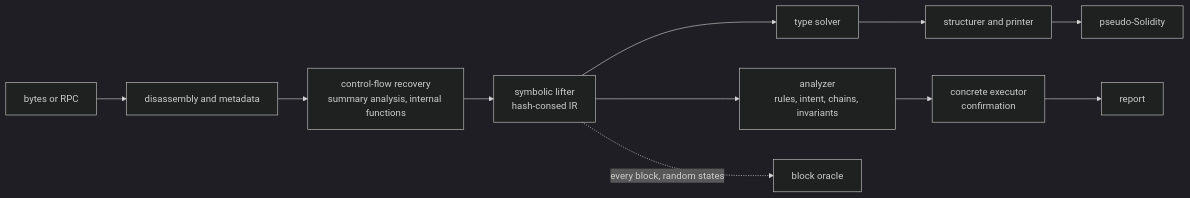
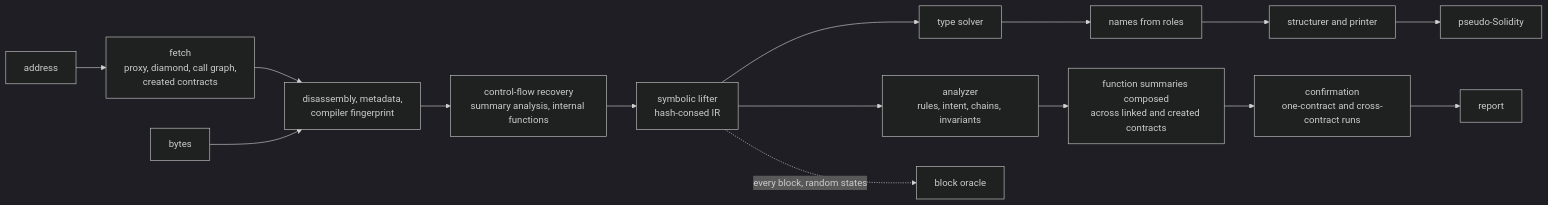
One commit to rink3y/Evmdec changed the first of 2 diagrams in README.md. Above: the diagram before and after it, drawn with Mermaid (dark theme). The commit also changed other lines of this file, not shown here.

First line of the commit message:
Bring the README up to date with the call-graph walk and its confirmation

````diff
--- a/README.md
+++ b/README.md
@@ -18,13 +18,17 @@
 ```mermaid
 flowchart LR
-    A[bytes or RPC] --> B[disassembly and metadata]
+    A0[address] --> A1[fetch<br/>proxy, diamond, call graph,<br/>created contracts]
+    A1 --> B
+    A[bytes] --> B[disassembly, metadata,<br/>compiler fingerprint]
     B --> C[control-flow recovery<br/>summary analysis, internal functions]
     C --> D[symbolic lifter<br/>hash-consed IR]
     D --> E[type solver]
-    E --> F[structurer and printer]
+    E --> N[names from roles]
+    N --> F[structurer and printer]
     F --> G[pseudo-Solidity]
     D --> H[analyzer<br/>rules, intent, chains, invariants]
-    H --> I[concrete executor<br/>confirmation]
+    H --> S[function summaries composed<br/>across linked and created contracts]
+    S --> I[confirmation<br/>one-contract and cross-contract runs]
     I --> J[report]
     D -. every block, random states .-> K[block oracle]
 ```
````
